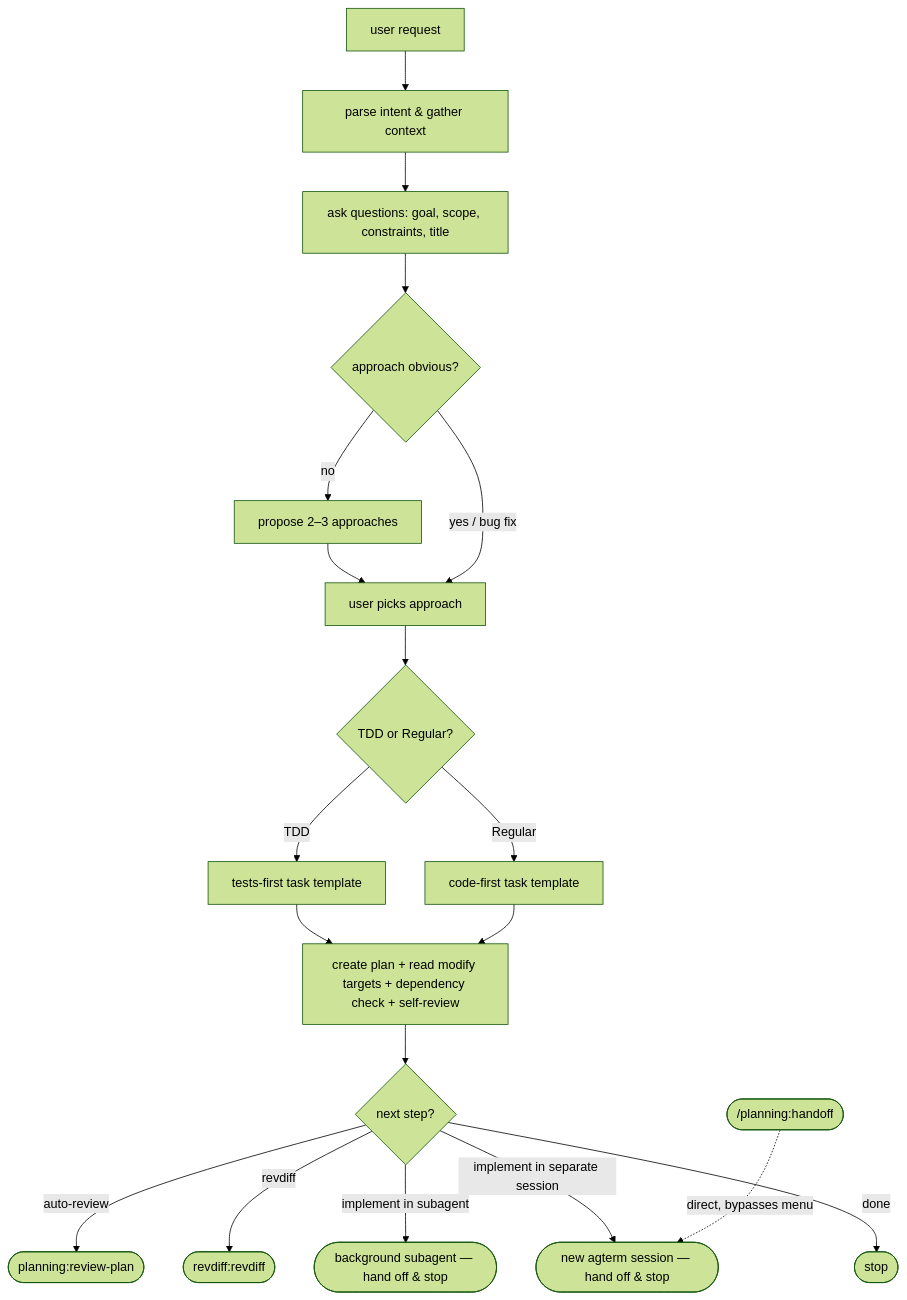
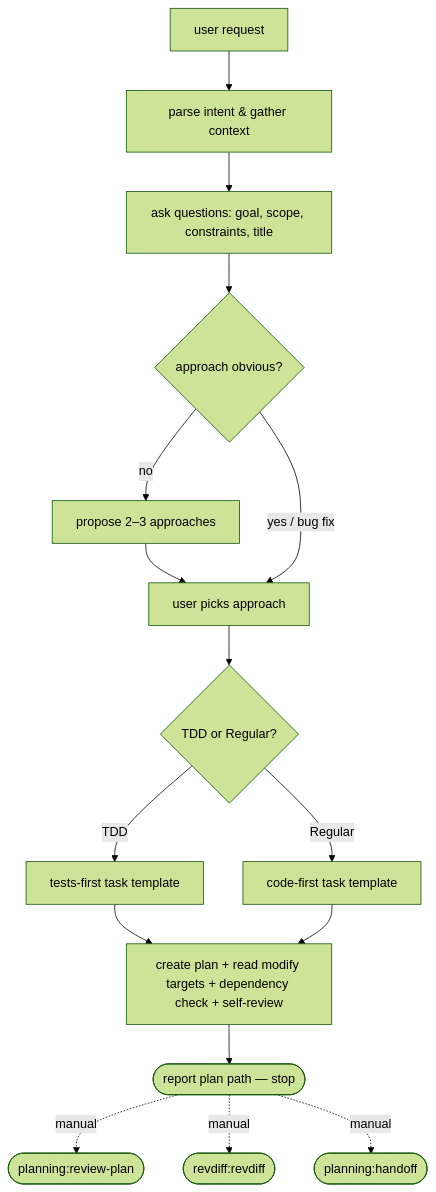
Before and after one commit to parMaster/claude-dlc: the second of 4 diagrams in README.md, drawn with Mermaid (forest theme). The commit also changed other lines of this file and 11 other files, not shown here.

First line of the commit message:
feat(planning): let review-plan hand off to a Codex session, drop stale menus

````diff
--- a/README.md
+++ b/README.md
@@ -91,21 +91,18 @@
 ```mermaid
 flowchart TD
     A["user request"] --> B["parse intent & gather context"]
     B --> C["ask questions: goal, scope, constraints, title"]
     C --> D{"approach obvious?"}
     D -->|no| E["propose 2–3 approaches"]
     E --> F["user picks approach"]
     D -->|"yes / bug fix"| F
     F --> G{"TDD or Regular?"}
     G -->|TDD| H["tests-first task template"]
     G -->|Regular| I["code-first task template"]
     H --> J["create plan + read modify targets + dependency check + self-review"]
     I --> J
-    J --> K{"next step?"}
-    K -->|auto-review| L(["planning:review-plan"])
-    K -->|revdiff| M(["revdiff:revdiff"])
-    K -->|"implement in subagent"| SUB(["background subagent — hand off & stop"])
-    K -->|"implement in separate session"| SESS(["new agterm session — hand off & stop"])
-    K -->|done| N(["stop"])
-    EXT(["/planning:handoff"]) -.->|direct, bypasses menu| SESS
+    J --> K(["report plan path — stop"])
+    K -.->|manual| L(["planning:review-plan"])
+    K -.->|manual| RD(["revdiff:revdiff"])
+    K -.->|manual| SESS(["planning:handoff"])
 ```
````
